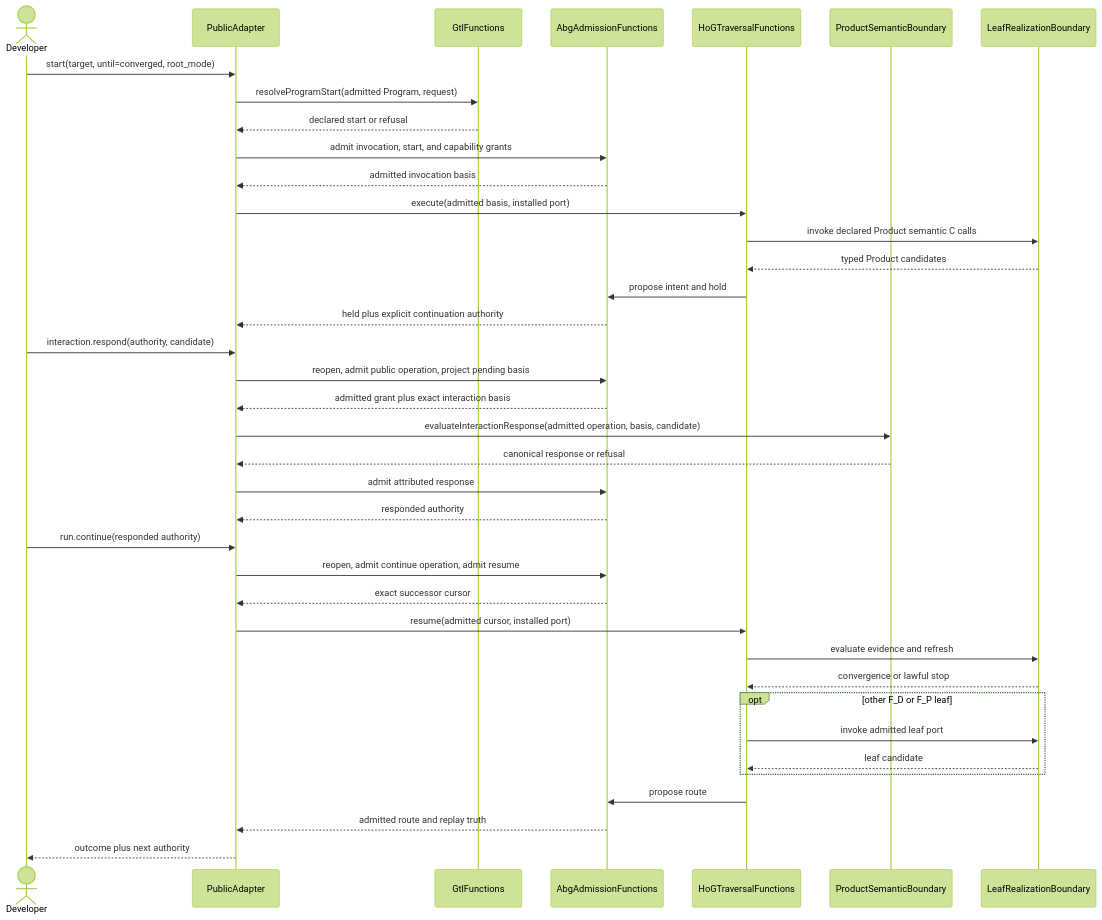
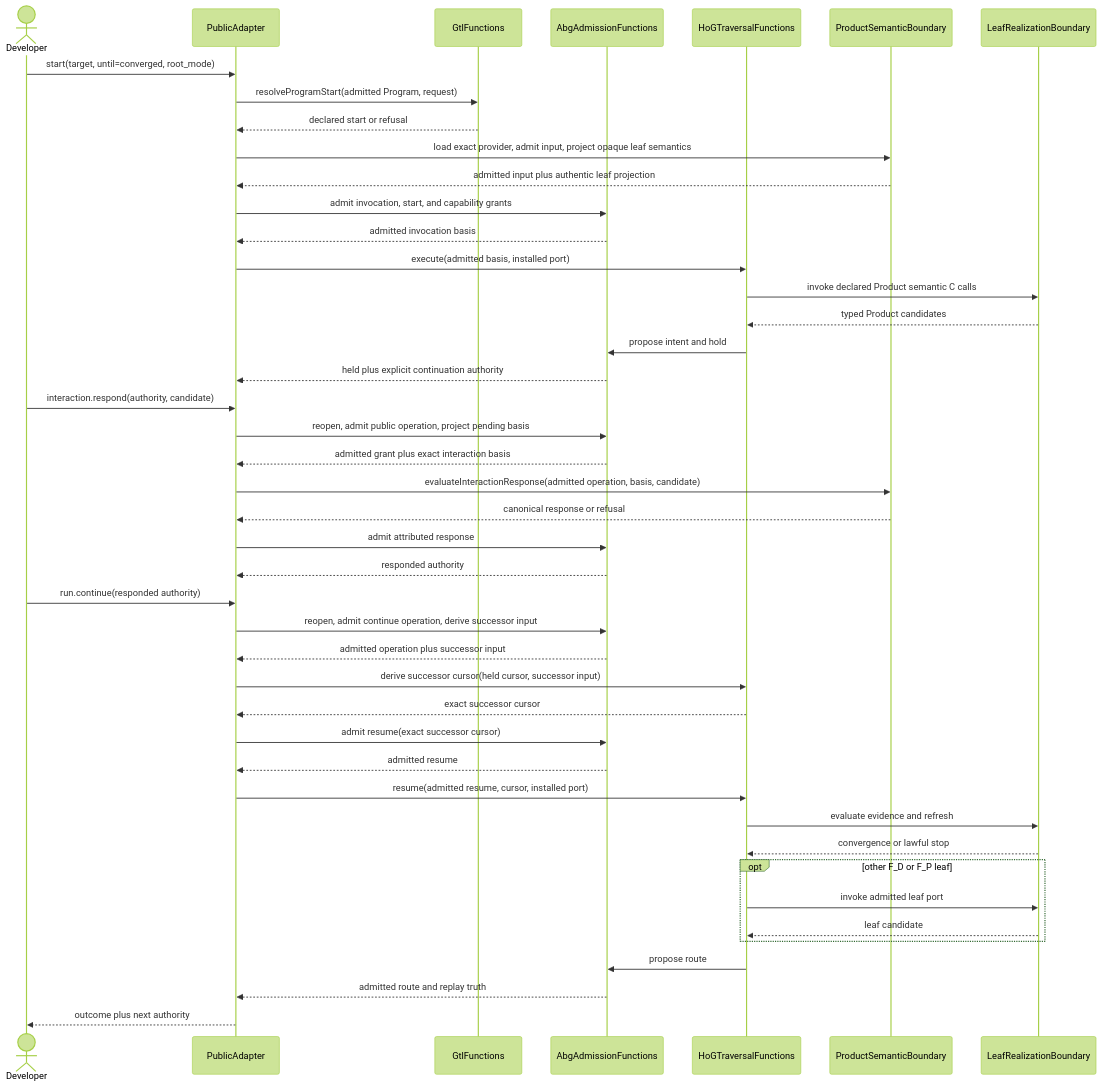
Before and after one commit to foolishimp/abiogenesis: the sixth of 7 diagrams in build_tenants/abiogenesis/typescript/design/M05_DIRECT_GTL_TRAVERSAL_EXPANSION_DESIGN.md, drawn with Mermaid (forest theme). The commit also changed other lines of this file and 27 other files, not shown here.

Commit message:
fix(s03): bind installed semantics and actor authority

````diff
--- a/build_tenants/abiogenesis/typescript/design/M05_DIRECT_GTL_TRAVERSAL_EXPANSION_DESIGN.md
+++ b/build_tenants/abiogenesis/typescript/design/M05_DIRECT_GTL_TRAVERSAL_EXPANSION_DESIGN.md
@@ -1518,40 +1546,46 @@
 ```mermaid
 sequenceDiagram
   actor Developer
   participant PublicAdapter
   participant GtlFunctions
   participant AbgAdmissionFunctions
   participant HoGTraversalFunctions
   participant ProductSemanticBoundary
   participant LeafRealizationBoundary
   Developer->>PublicAdapter: start(target, until=converged, root_mode)
   PublicAdapter->>GtlFunctions: resolveProgramStart(admitted Program, request)
   GtlFunctions-->>PublicAdapter: declared start or refusal
+  PublicAdapter->>ProductSemanticBoundary: load exact provider, admit input, project opaque leaf semantics
+  ProductSemanticBoundary-->>PublicAdapter: admitted input plus authentic leaf projection
   PublicAdapter->>AbgAdmissionFunctions: admit invocation, start, and capability grants
   AbgAdmissionFunctions-->>PublicAdapter: admitted invocation basis
   PublicAdapter->>HoGTraversalFunctions: execute(admitted basis, installed port)
   HoGTraversalFunctions->>LeafRealizationBoundary: invoke declared Product semantic C calls
   LeafRealizationBoundary-->>HoGTraversalFunctions: typed Product candidates
   HoGTraversalFunctions->>AbgAdmissionFunctions: propose intent and hold
   AbgAdmissionFunctions-->>PublicAdapter: held plus explicit continuation authority
   Developer->>PublicAdapter: interaction.respond(authority, candidate)
   PublicAdapter->>AbgAdmissionFunctions: reopen, admit public operation, project pending basis
   AbgAdmissionFunctions-->>PublicAdapter: admitted grant plus exact interaction basis
   PublicAdapter->>ProductSemanticBoundary: evaluateInteractionResponse(admitted operation, basis, candidate)
   ProductSemanticBoundary-->>PublicAdapter: canonical response or refusal
   PublicAdapter->>AbgAdmissionFunctions: admit attributed response
   AbgAdmissionFunctions-->>PublicAdapter: responded authority
   Developer->>PublicAdapter: run.continue(responded authority)
-  PublicAdapter->>AbgAdmissionFunctions: reopen, admit continue operation, admit resume
-  AbgAdmissionFunctions-->>PublicAdapter: exact successor cursor
-  PublicAdapter->>HoGTraversalFunctions: resume(admitted cursor, installed port)
+  PublicAdapter->>AbgAdmissionFunctions: reopen, admit continue operation, derive successor input
+  AbgAdmissionFunctions-->>PublicAdapter: admitted operation plus successor input
+  PublicAdapter->>HoGTraversalFunctions: derive successor cursor(held cursor, successor input)
+  HoGTraversalFunctions-->>PublicAdapter: exact successor cursor
+  PublicAdapter->>AbgAdmissionFunctions: admit resume(exact successor cursor)
+  AbgAdmissionFunctions-->>PublicAdapter: admitted resume
+  PublicAdapter->>HoGTraversalFunctions: resume(admitted resume, cursor, installed port)
   HoGTraversalFunctions->>LeafRealizationBoundary: evaluate evidence and refresh
   LeafRealizationBoundary-->>HoGTraversalFunctions: convergence or lawful stop
   opt other F_D or F_P leaf
     HoGTraversalFunctions->>LeafRealizationBoundary: invoke admitted leaf port
     LeafRealizationBoundary-->>HoGTraversalFunctions: leaf candidate
   end
   HoGTraversalFunctions->>AbgAdmissionFunctions: propose route
   AbgAdmissionFunctions-->>PublicAdapter: admitted route and replay truth
   PublicAdapter-->>Developer: outcome plus next authority
 ```
````
